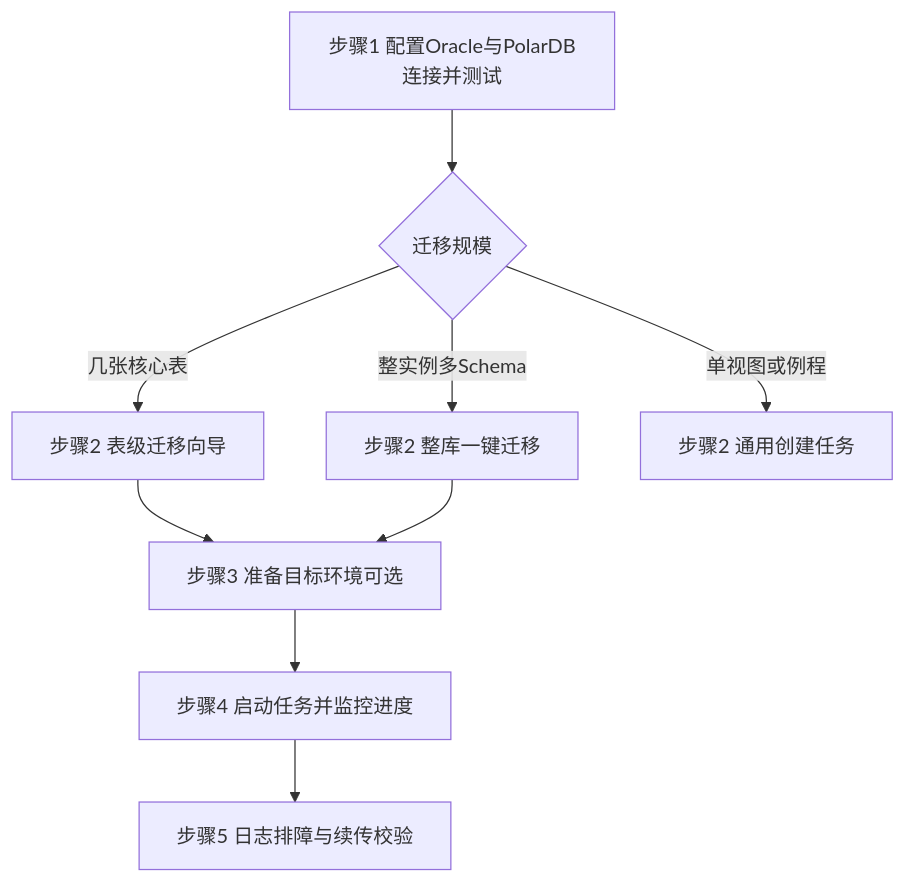
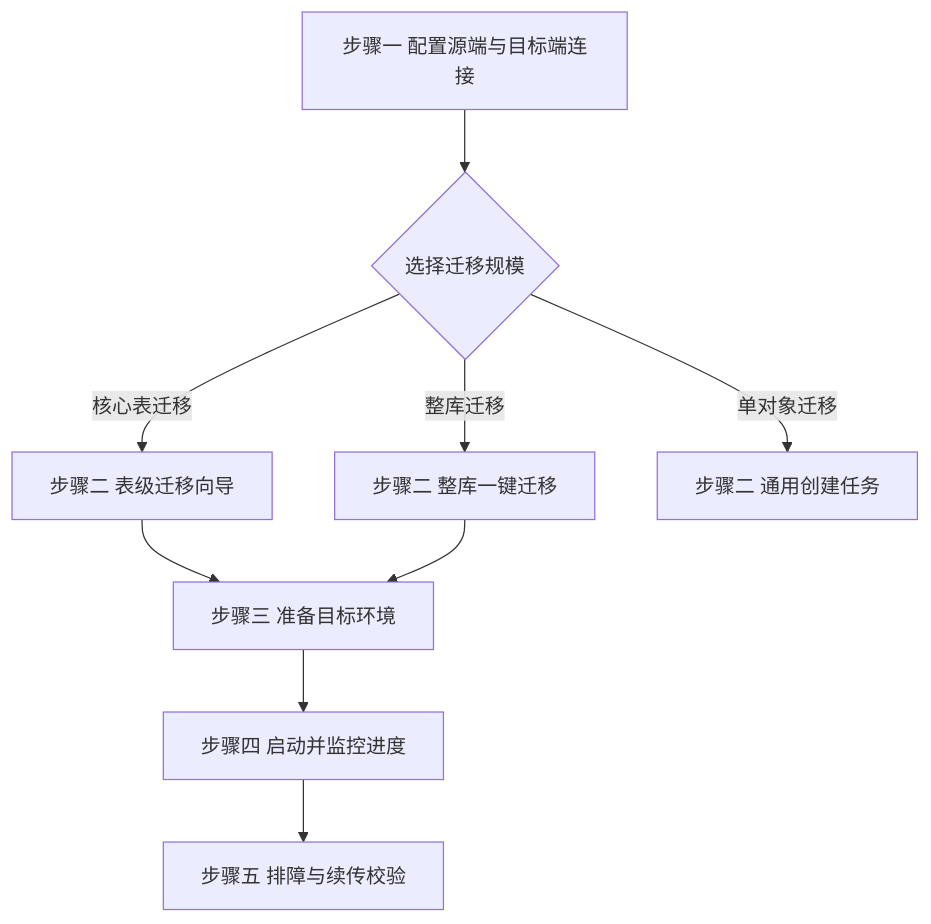
Before and after one commit to hayratjan/oracle2polardb_pg: the fifth of 5 diagrams in README.md, drawn with Mermaid. The commit also changed other lines of this file and 1 other file, not shown here.

First line of the commit message:
fix: 修复 Mermaid 10.9.3 语法并中文化图表与 Logo 布局

````diff
--- a/README.md
+++ b/README.md
@@ -619,11 +595,11 @@
 ```mermaid
-flowchart TD
-  A["步骤1 配置Oracle与PolarDB连接并测试"] --> B{"迁移规模"}
-  B -->|几张核心表| C["步骤2 表级迁移向导"]
-  B -->|整实例多Schema| D["步骤2 整库一键迁移"]
-  B -->|单视图或例程| E["步骤2 通用创建任务"]
-  C --> F["步骤3 准备目标环境可选"]
+flowchart TB
+  A["步骤一 配置源端与目标端连接"] --> B{"选择迁移规模"}
+  B -->|核心表迁移| C["步骤二 表级迁移向导"]
+  B -->|整库迁移| D["步骤二 整库一键迁移"]
+  B -->|单对象迁移| E["步骤二 通用创建任务"]
+  C --> F["步骤三 准备目标环境"]
   D --> F
-  F --> G["步骤4 启动任务并监控进度"]
-  G --> H["步骤5 日志排障与续传校验"]
+  F --> G["步骤四 启动并监控进度"]
+  G --> H["步骤五 排障与续传校验"]
 ```
````
